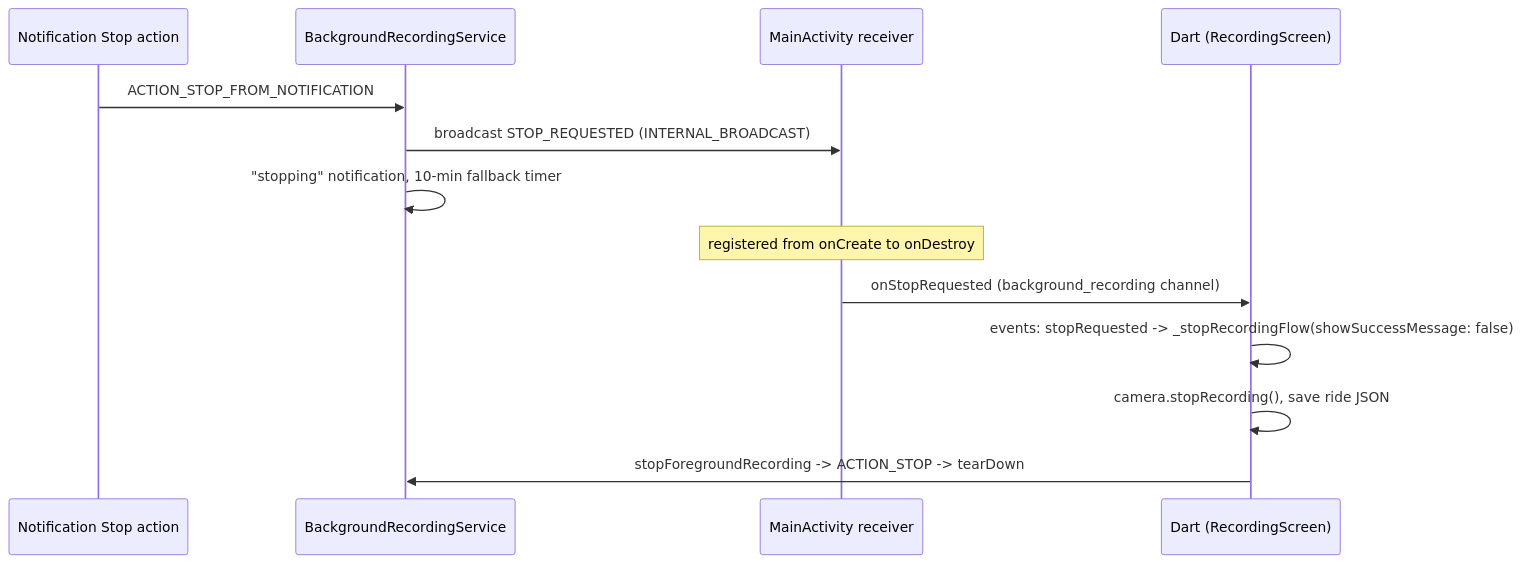
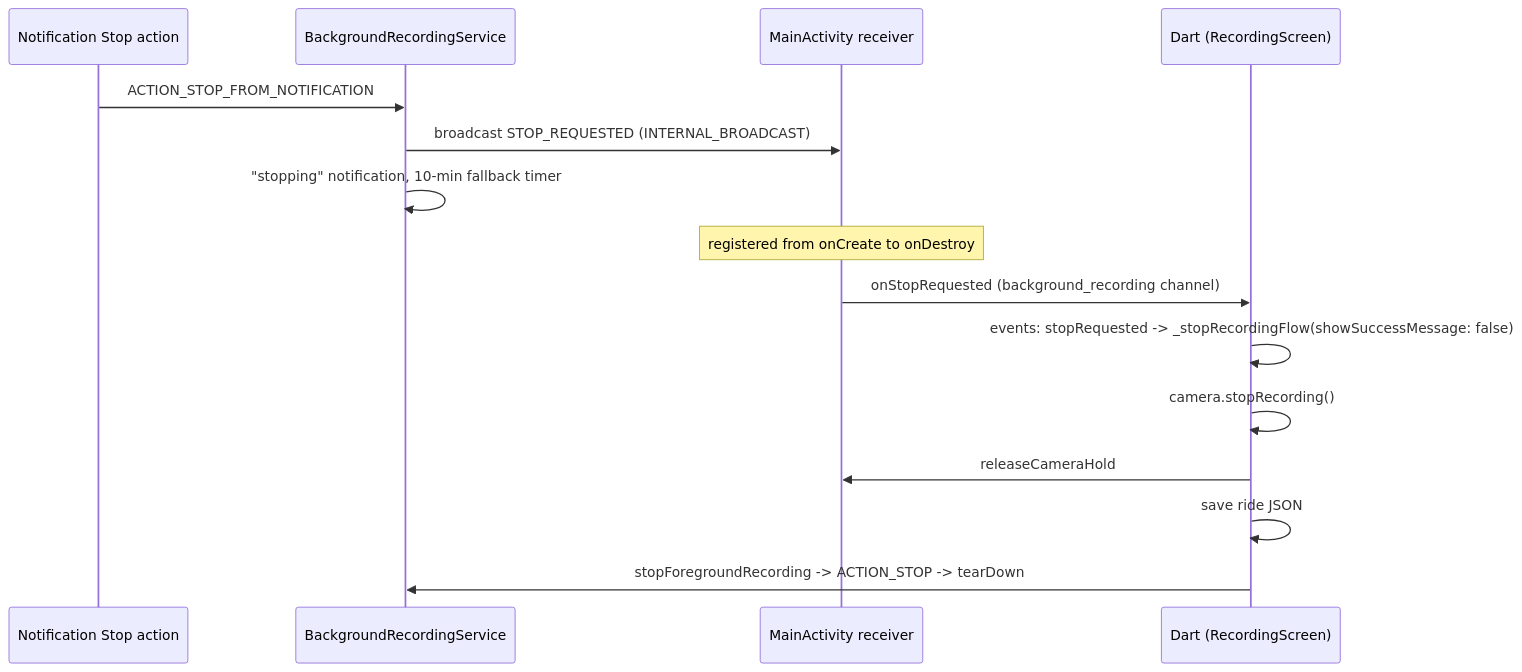
Before and after one commit to Sarthak195/MotoCam: the first of 2 diagrams in docs/platform-integration.md, drawn with Mermaid. The commit also changed other lines of this file and 4 other files, not shown here.

Commit message:
docs: describe the early hold release, the service-stop warning and the recent-growth check (F004)

````diff
--- a/docs/platform-integration.md
+++ b/docs/platform-integration.md
@@ -138,15 +140,17 @@
 ```mermaid
 sequenceDiagram
     participant N as Notification Stop action
     participant S as BackgroundRecordingService
     participant A as MainActivity receiver
     participant D as Dart (RecordingScreen)
     N->>S: ACTION_STOP_FROM_NOTIFICATION
     S->>A: broadcast STOP_REQUESTED (INTERNAL_BROADCAST)
     S->>S: "stopping" notification, 10-min fallback timer
     Note over A: registered from onCreate to onDestroy
     A->>D: onStopRequested (background_recording channel)
     D->>D: events: stopRequested -> _stopRecordingFlow(showSuccessMessage: false)
-    D->>D: camera.stopRecording(), save ride JSON
+    D->>D: camera.stopRecording()
+    D->>A: releaseCameraHold
+    D->>D: save ride JSON
     D->>S: stopForegroundRecording -> ACTION_STOP -> tearDown
 ```
````
